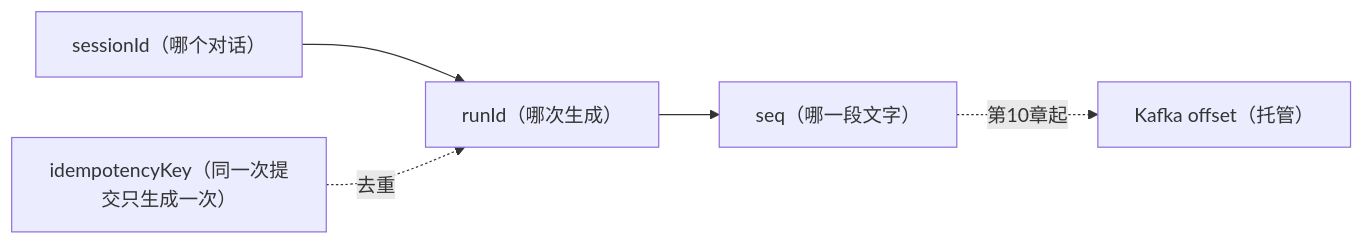
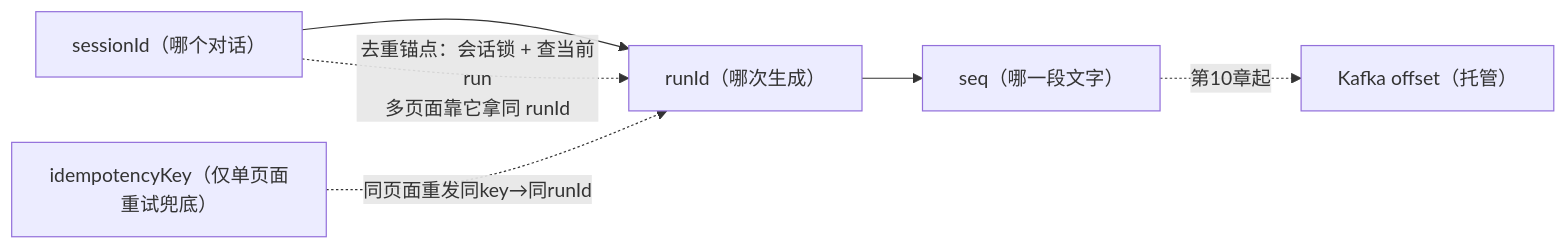
Before and after one commit to UranusGit/java-agent-learn: the first of 25 diagrams in docs/附录/管数分离专题/01-管数分离ID体系全解析.md, drawn with Mermaid. The commit also changed other lines of this file and 3 other files, not shown here.

````diff
--- a/docs/附录/管数分离专题/01-管数分离ID体系全解析.md
+++ b/docs/附录/管数分离专题/01-管数分离ID体系全解析.md
@@ -38,7 +40,8 @@
 ```mermaid
 graph LR
     S["sessionId（哪个对话）"] --> R["runId（哪次生成）"]
     R --> Q["seq（哪一段文字）"]
-    K["idempotencyKey（同一次提交只生成一次）"] -. 去重 .-> R
+    S -. "去重锚点：会话锁 + 查当前run<br/>多页面靠它拿同 runId" .-> R
+    K["idempotencyKey（仅单页面重试兜底）"] -. "同页面重发同key→同runId" .-> R
     Q -. 第10章起 .-> O["Kafka offset（托管）"]
 ```
````
